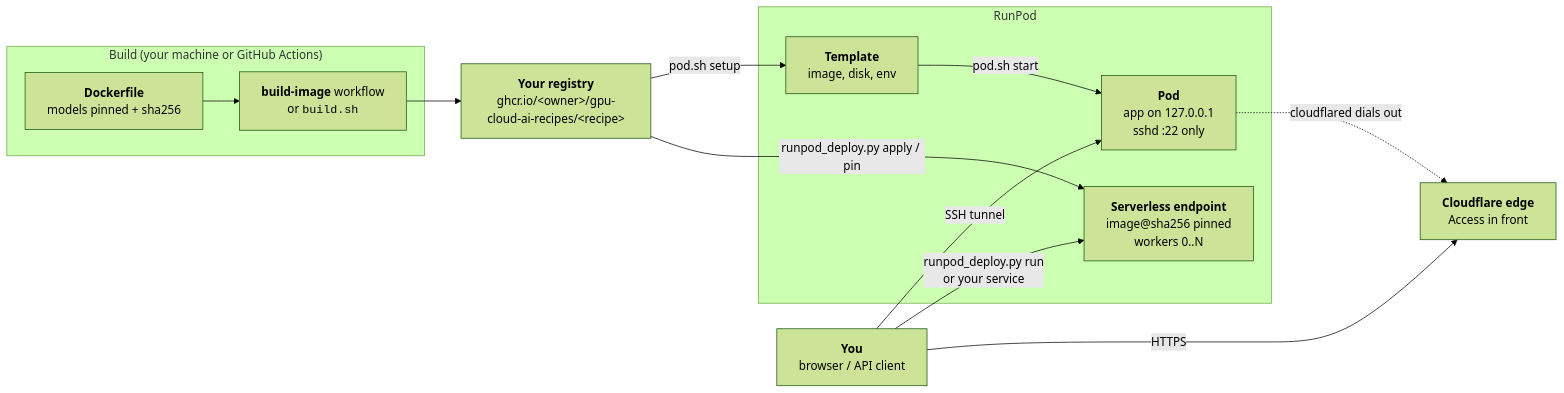
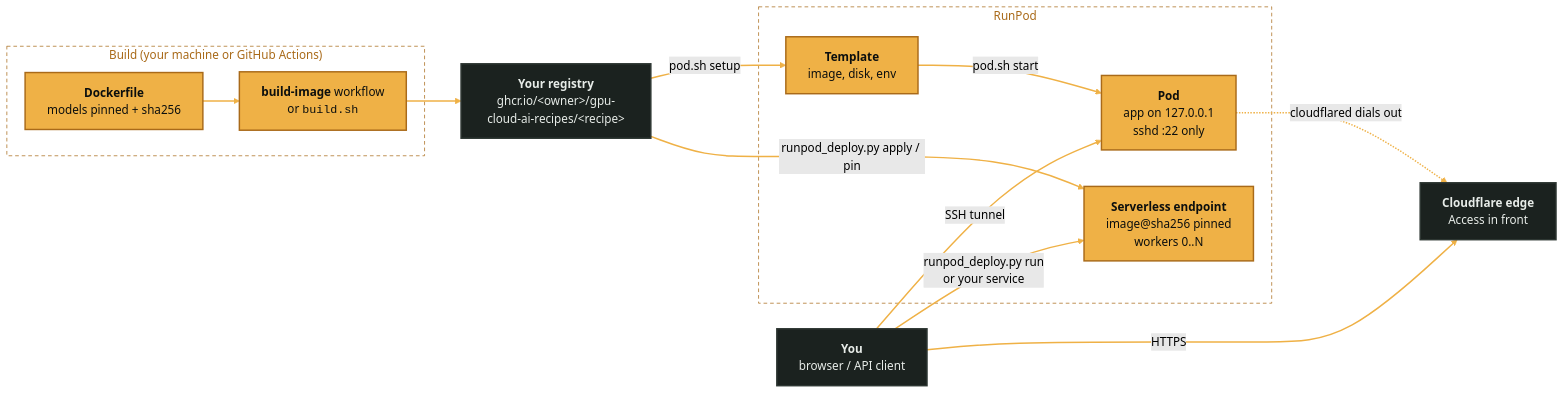
Before and after one commit to BitWise-0x/GPU-Cloud-Ai-recipes: the diagram in README.md, drawn with Mermaid (forest theme). The commit also changed other lines of this file and 8 other files, not shown here.

Commit message:
Restyle the diagrams in amber and black and add the BitWise footer

````diff
--- a/README.md
+++ b/README.md
@@ -133,27 +133,33 @@
 ```mermaid
 graph LR
     subgraph Build["Build (your machine or GitHub Actions)"]
         df["<b>Dockerfile</b><br>models pinned + sha256"]
         gha["<b>build-image</b> workflow<br>or <code>build.sh</code>"]
     end
 
     reg["<b>Your registry</b><br>ghcr.io/&lt;owner&gt;/gpu-cloud-ai-recipes/&lt;recipe&gt;"]
 
     subgraph RunPod
         tpl["<b>Template</b><br>image, disk, env"]
         pod["<b>Pod</b><br>app on 127.0.0.1<br>sshd :22 only"]
         ep["<b>Serverless endpoint</b><br>image@sha256 pinned<br>workers 0..N"]
     end
 
     you["<b>You</b><br>browser / API client"]
     cf["<b>Cloudflare edge</b><br>Access in front"]
 
     df --> gha --> reg
     reg -->|"pod.sh setup"| tpl
     tpl -->|"pod.sh start"| pod
     reg -->|"runpod_deploy.py apply / pin"| ep
     you -->|"SSH tunnel"| pod
     you -->|"HTTPS"| cf
     pod -.->|"cloudflared dials out"| cf
     you -->|"runpod_deploy.py run<br>or your service"| ep
+    classDef default fill:#efb146,stroke:#a96a19,stroke-width:2px,color:#0c0f0e
+    classDef quiet fill:#1b221f,stroke:#2e3733,stroke-width:2px,color:#e7ece8
+    linkStyle default stroke:#efb146,stroke-width:2px
+    class you,cf,reg quiet
+    style Build fill:transparent,stroke:#a96a19,stroke-width:1px,stroke-dasharray:5 4,color:#a96a19
+    style RunPod fill:transparent,stroke:#a96a19,stroke-width:1px,stroke-dasharray:5 4,color:#a96a19
 ```
````
